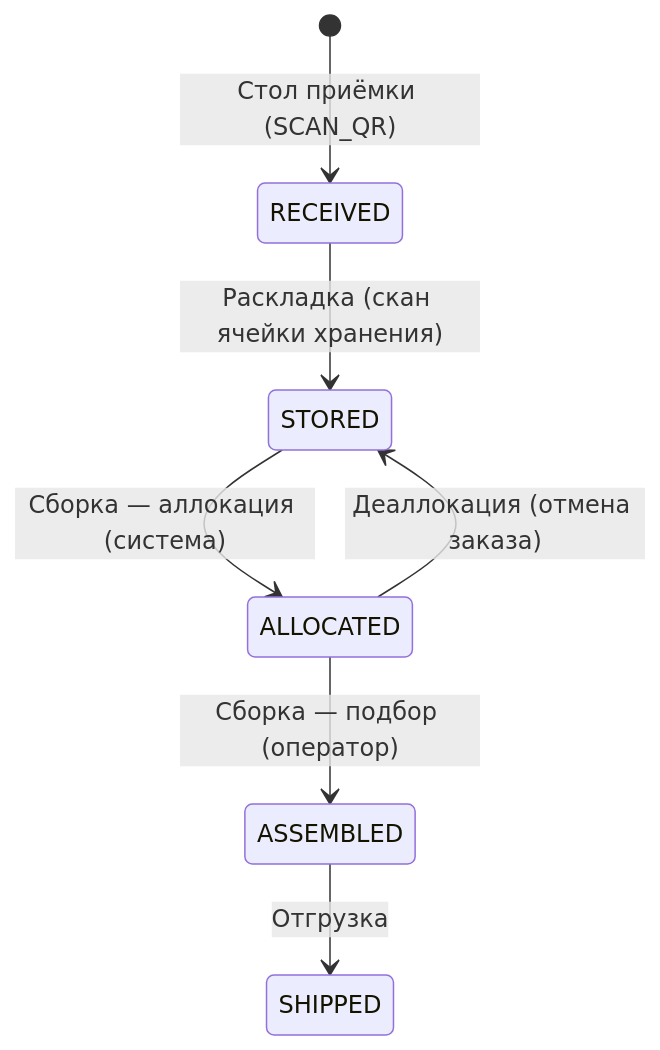
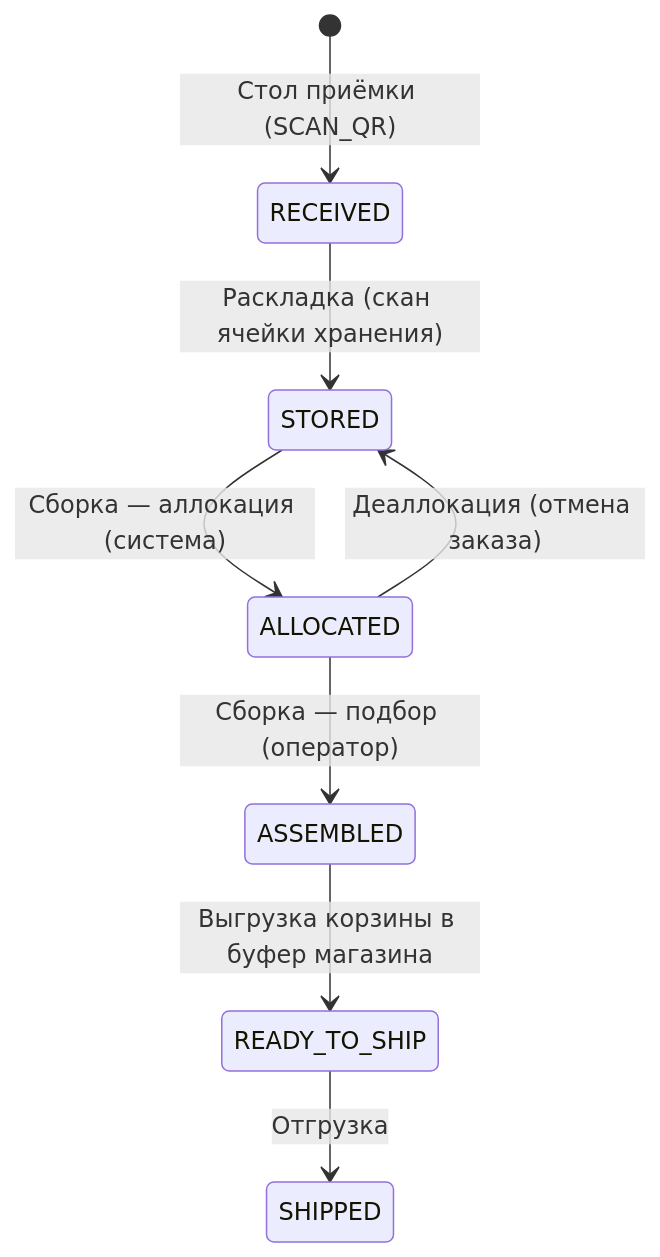
The first of 12 diagrams in docs/data-model/entity-lifecycle.md (oglenyaboss/avalanche-wms), drawn with Mermaid before and after one commit. The commit also changed other lines of this file and 10 other files, not shown here.

````diff
--- a/docs/data-model/entity-lifecycle.md
+++ b/docs/data-model/entity-lifecycle.md
@@ -14,9 +14,10 @@
 ```mermaid
 stateDiagram-v2
     [*] --> RECEIVED : Стол приёмки (SCAN_QR)
     RECEIVED --> STORED : Раскладка (скан ячейки хранения)
     STORED --> ALLOCATED : Сборка — аллокация (система)
     ALLOCATED --> STORED : Деаллокация (отмена заказа)
     ALLOCATED --> ASSEMBLED : Сборка — подбор (оператор)
-    ASSEMBLED --> SHIPPED : Отгрузка
+    ASSEMBLED --> READY_TO_SHIP : Выгрузка корзины в буфер магазина
+    READY_TO_SHIP --> SHIPPED : Отгрузка
 ```
````
